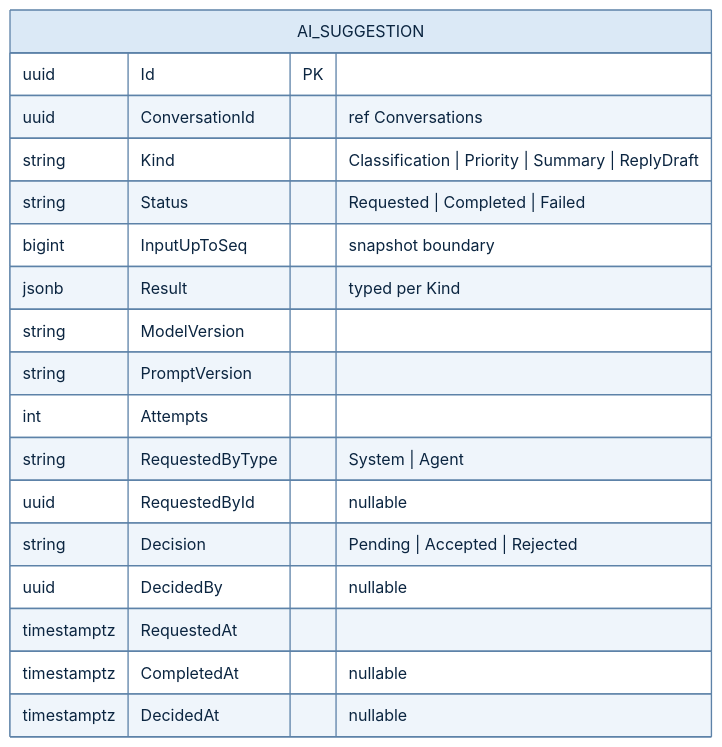
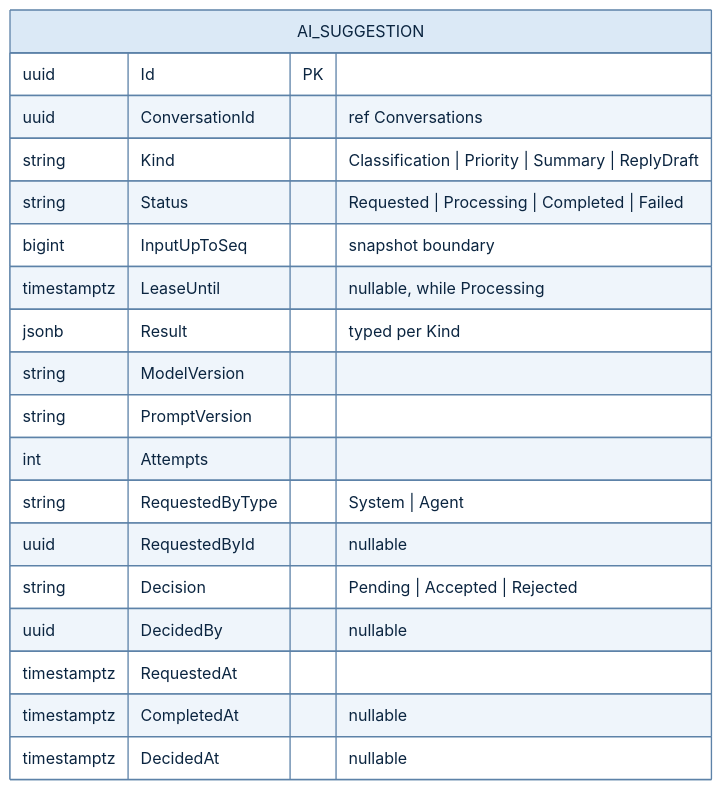
Before and after one commit to iarel/SupportFlow: the sixth of 9 diagrams in docs/domain-model.md, drawn with Mermaid. The commit also changed other lines of this file and 15 other files, not shown here.

````diff
--- a/docs/domain-model.md
+++ b/docs/domain-model.md
@@ -421,22 +429,23 @@
 ```mermaid
 %%{init: {"theme":"base","themeVariables":{"primaryColor":"#dbe9f6","primaryTextColor":"#0b2540","primaryBorderColor":"#5d82a8","lineColor":"#e67700","secondaryColor":"#dbe9f6","tertiaryColor":"#f1f5fa","clusterBkg":"#f1f5fa","clusterBorder":"#5d82a8","titleColor":"#0b4884","edgeLabelBackground":"#fff4e6","textColor":"#e67700","actorBkg":"#438dd5","actorTextColor":"#ffffff","actorBorder":"#2e6295","actorLineColor":"#e67700","signalColor":"#e67700","signalTextColor":"#e67700","labelBoxBkgColor":"#dbe9f6","labelBoxBorderColor":"#5d82a8","labelTextColor":"#0b2540","loopTextColor":"#e67700","noteBkgColor":"#fff4e6","noteTextColor":"#0b2540","noteBorderColor":"#e67700","activationBkgColor":"#dbe9f6","attributeBackgroundColorOdd":"#ffffff","attributeBackgroundColorEven":"#f1f5fa"}}}%%
 erDiagram
     AI_SUGGESTION {
         uuid Id PK
         uuid ConversationId "ref Conversations"
         string Kind "Classification | Priority | Summary | ReplyDraft"
-        string Status "Requested | Completed | Failed"
+        string Status "Requested | Processing | Completed | Failed"
         bigint InputUpToSeq "snapshot boundary"
+        timestamptz LeaseUntil "nullable, while Processing"
         jsonb Result "typed per Kind"
         string ModelVersion
         string PromptVersion
         int Attempts
         string RequestedByType "System | Agent"
         uuid RequestedById "nullable"
         string Decision "Pending | Accepted | Rejected"
         uuid DecidedBy "nullable"
         timestamptz RequestedAt
         timestamptz CompletedAt "nullable"
         timestamptz DecidedAt "nullable"
     }
 ```
````
